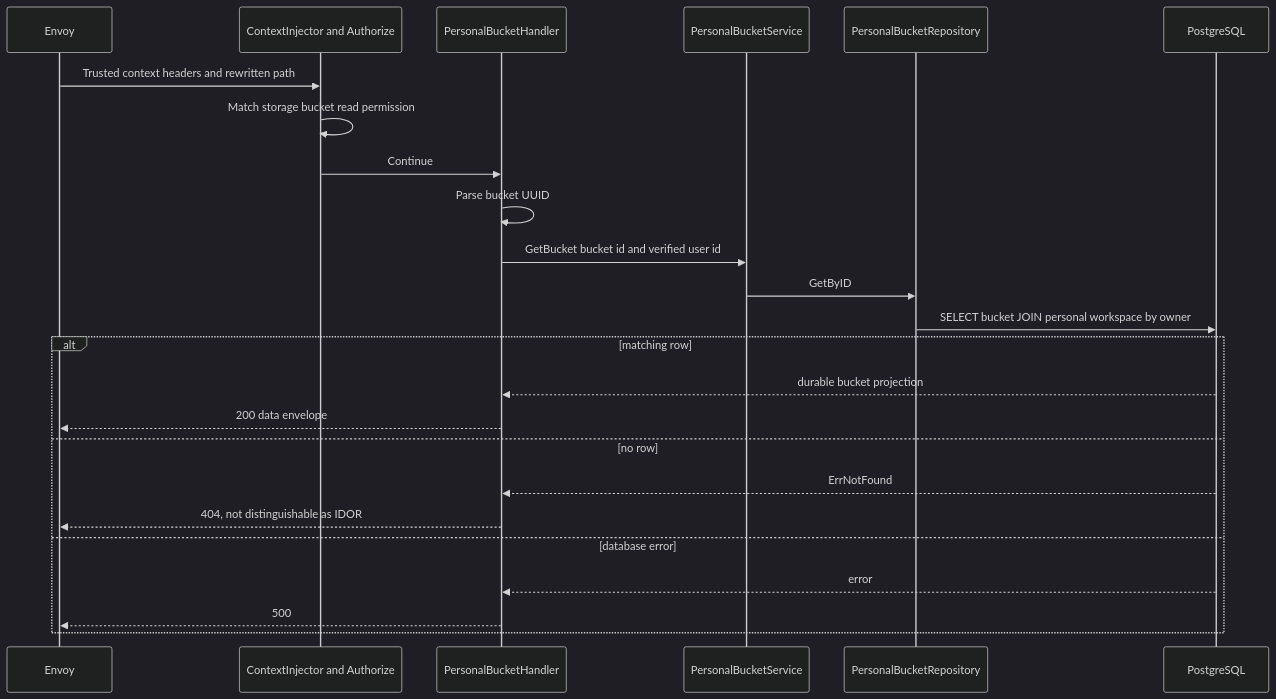
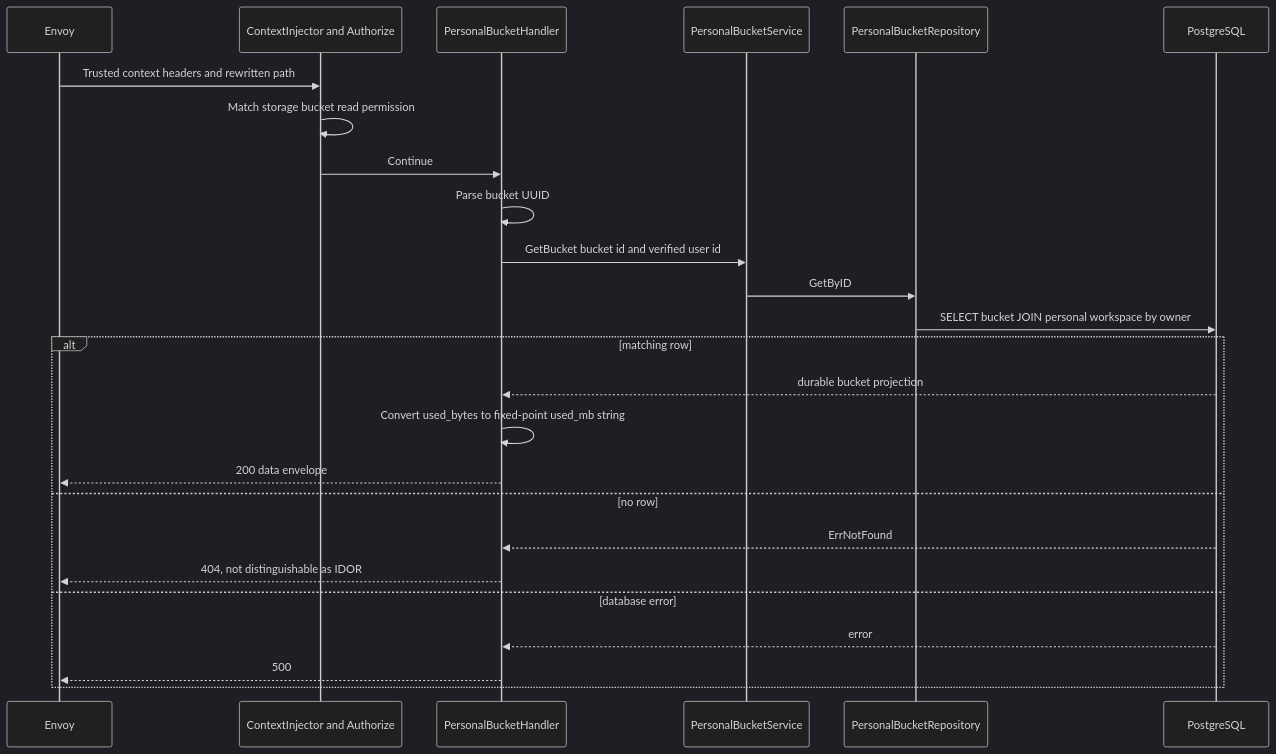
One commit to phucle996/aurora changed the second of 2 diagrams in god_view/storage/personal_bucket_get_god_view_workflow.md. Above: the diagram before and after it, drawn with Mermaid (dark theme). The commit also changed other lines of this file and 59 other files, not shown here.

````diff
--- a/god_view/storage/personal_bucket_get_god_view_workflow.md
+++ b/god_view/storage/personal_bucket_get_god_view_workflow.md
@@ -94,27 +96,28 @@
 ```mermaid
 sequenceDiagram
     participant E as Envoy
     participant M as ContextInjector and Authorize
     participant H as PersonalBucketHandler
     participant S as PersonalBucketService
     participant R as PersonalBucketRepository
     participant PG as PostgreSQL
 
     E->>M: Trusted context headers and rewritten path
     M->>M: Match storage bucket read permission
     M->>H: Continue
     H->>H: Parse bucket UUID
     H->>S: GetBucket bucket id and verified user id
     S->>R: GetByID
     R->>PG: SELECT bucket JOIN personal workspace by owner
     alt matching row
         PG-->>H: durable bucket projection
+        H->>H: Convert used_bytes to fixed-point used_mb string
         H-->>E: 200 data envelope
     else no row
         PG-->>H: ErrNotFound
         H-->>E: 404, not distinguishable as IDOR
     else database error
         PG-->>H: error
         H-->>E: 500
     end
 ```
````
